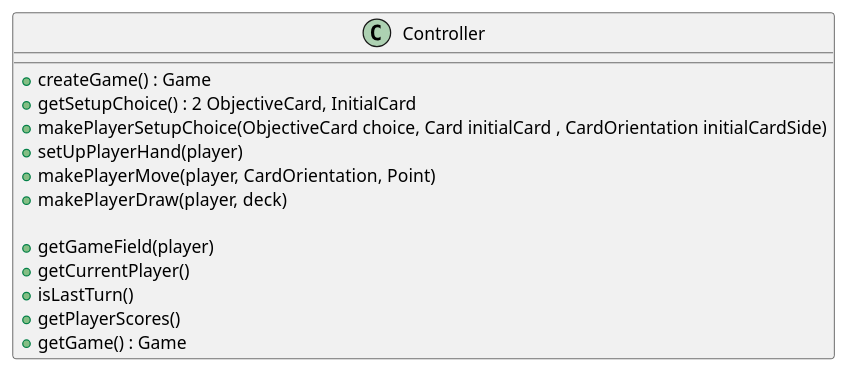
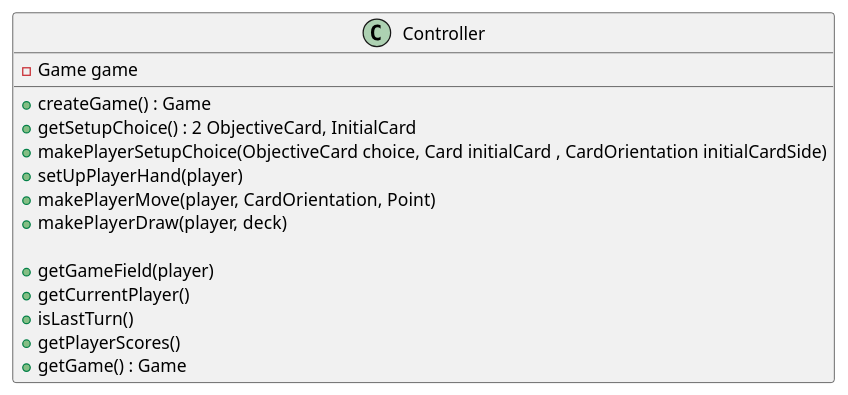
One commit to LucaLeonx/ing-sw-2024-Leonzio-Lanza-LaGioia-Mauro changed the diagram in CodexNaturalis/docs/uml/server/controller_for_model.puml. Above: the diagram before and after it, drawn with PlantUML. The commit also changed 10 other files, not shown here.

```diff
--- a/CodexNaturalis/docs/uml/server/controller_for_model.puml
+++ b/CodexNaturalis/docs/uml/server/controller_for_model.puml
@@ -1,16 +1,18 @@
 @startuml
 class Controller {
+    - Game game
+
     + createGame() : Game
     + getSetupChoice() : 2 ObjectiveCard, InitialCard
     + makePlayerSetupChoice(ObjectiveCard choice, Card initialCard , CardOrientation initialCardSide)
     + setUpPlayerHand(player)
     + makePlayerMove(player, CardOrientation, Point)
     + makePlayerDraw(player, deck)
 
     + getGameField(player)
     + getCurrentPlayer()
     + isLastTurn()
     + getPlayerScores()
     + getGame() : Game
 }
 @enduml
```
